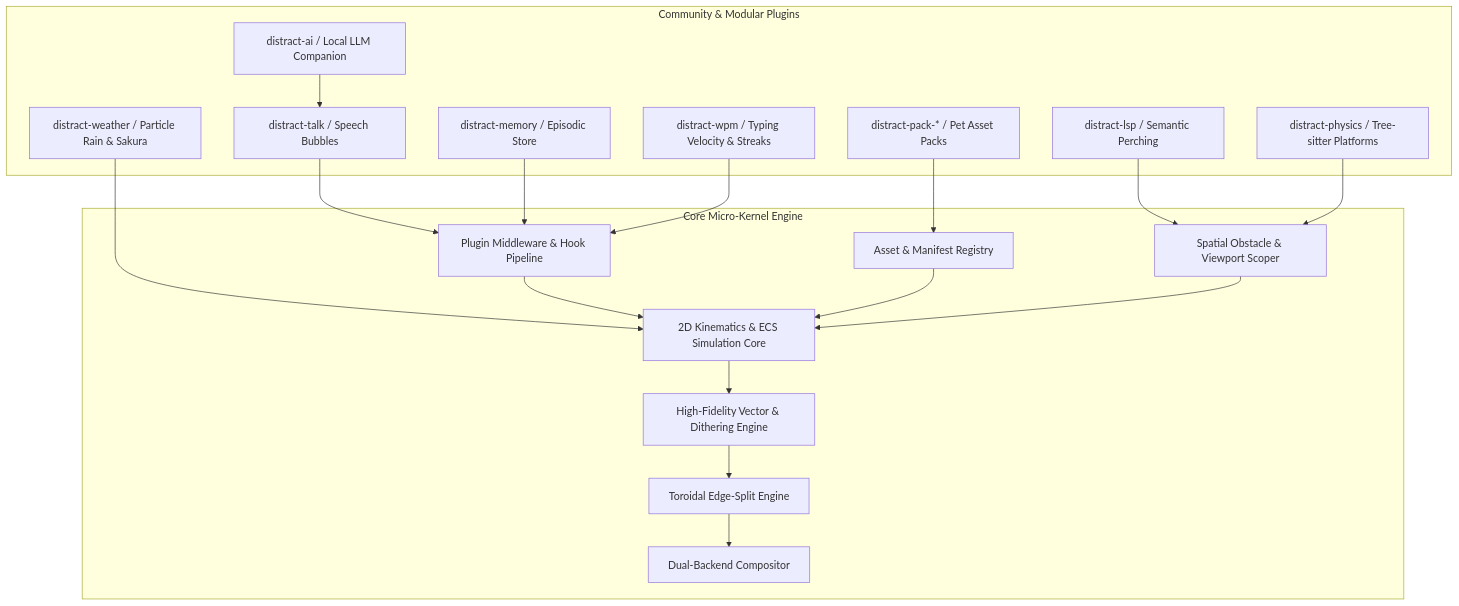
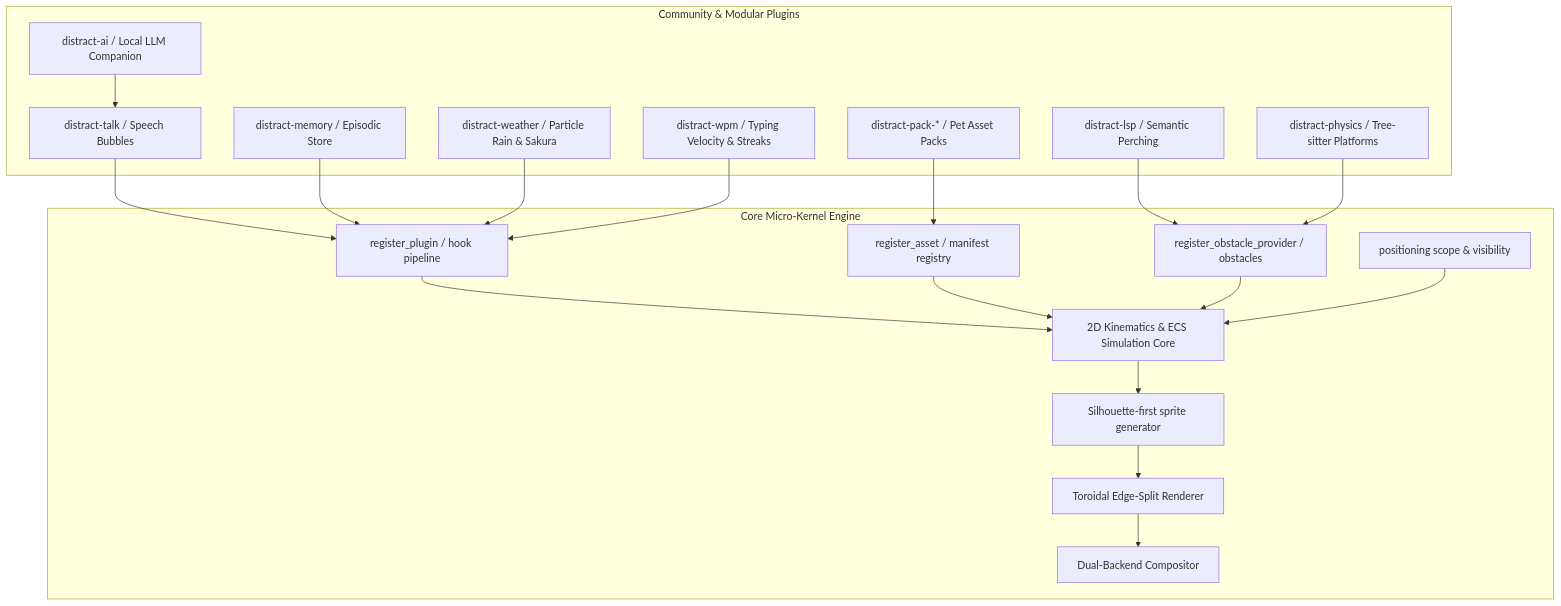
The diagram in future.md (igmrrf/distract.nvim), drawn with Mermaid before and after one commit. The commit also changed other lines of this file and 83 other files, not shown here.

First line of the commit message:
feat: plugin hooks, obstacles, viewport scoping, toroidal wrap, silhouette art

````diff
--- a/future.md
+++ b/future.md
@@ -27,39 +33,41 @@
 ```mermaid
 graph TD
     subgraph Community & Modular Plugins
         Talk[distract-talk / Speech Bubbles]
         Memory[distract-memory / Episodic Store]
         LSP[distract-lsp / Semantic Perching]
         Physics[distract-physics / Tree-sitter Platforms]
         Weather[distract-weather / Particle Rain & Sakura]
         AI[distract-ai / Local LLM Companion]
         WPM[distract-wpm / Typing Velocity & Streaks]
         Pack[distract-pack-* / Pet Asset Packs]
     end
 
     subgraph Core Micro-Kernel Engine
-        Hooks[Plugin Middleware & Hook Pipeline]
-        Registry[Asset & Manifest Registry]
-        Spatial[Spatial Obstacle & Viewport Scoper]
+        Hooks[register_plugin / hook pipeline]
+        Registry[register_asset / manifest registry]
+        Spatial[register_obstacle_provider / obstacles]
+        Viewport[positioning scope & visibility]
         ECS[2D Kinematics & ECS Simulation Core]
-        Shading[High-Fidelity Vector & Dithering Engine]
-        Wrap[Toroidal Edge-Split Engine]
+        Shading[Silhouette-first sprite generator]
+        Wrap[Toroidal Edge-Split Renderer]
         Compositor[Dual-Backend Compositor]
     end
 
     Talk --> Hooks
     Memory --> Hooks
     LSP --> Spatial
     Physics --> Spatial
-    Weather --> ECS
+    Weather --> Hooks
     AI --> Talk
     WPM --> Hooks
     Pack --> Registry
 
     Hooks --> ECS
     Registry --> ECS
     Spatial --> ECS
+    Viewport --> ECS
     ECS --> Shading
     Shading --> Wrap
     Wrap --> Compositor
 ```
````
